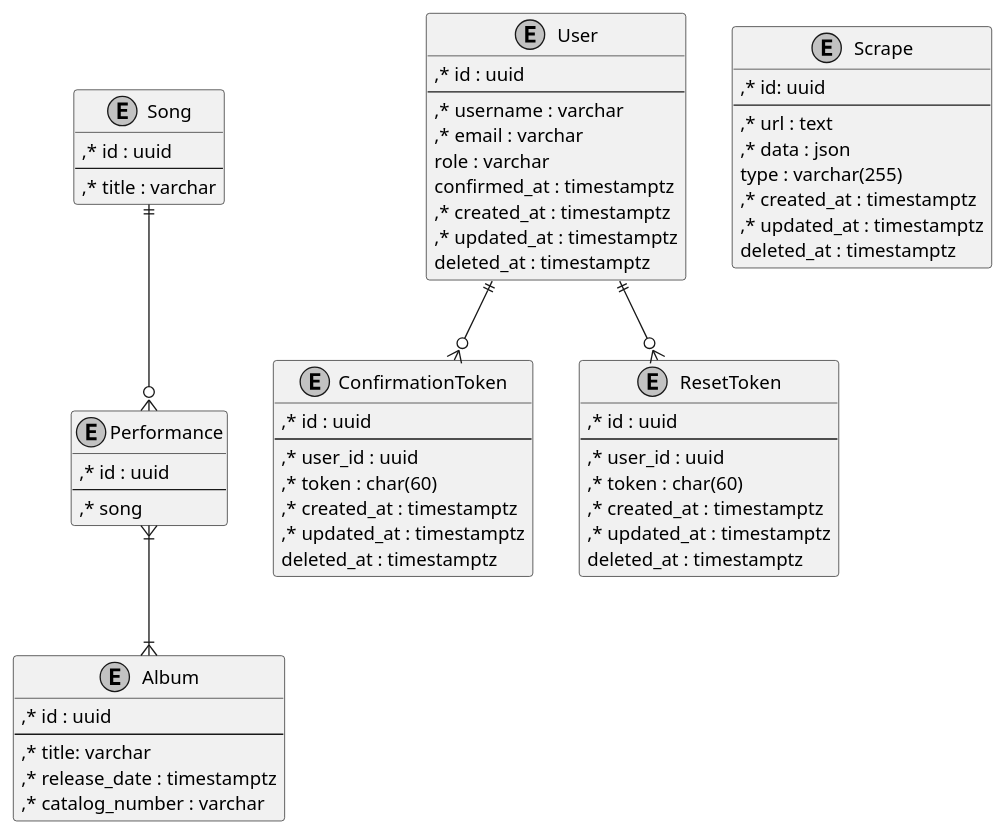
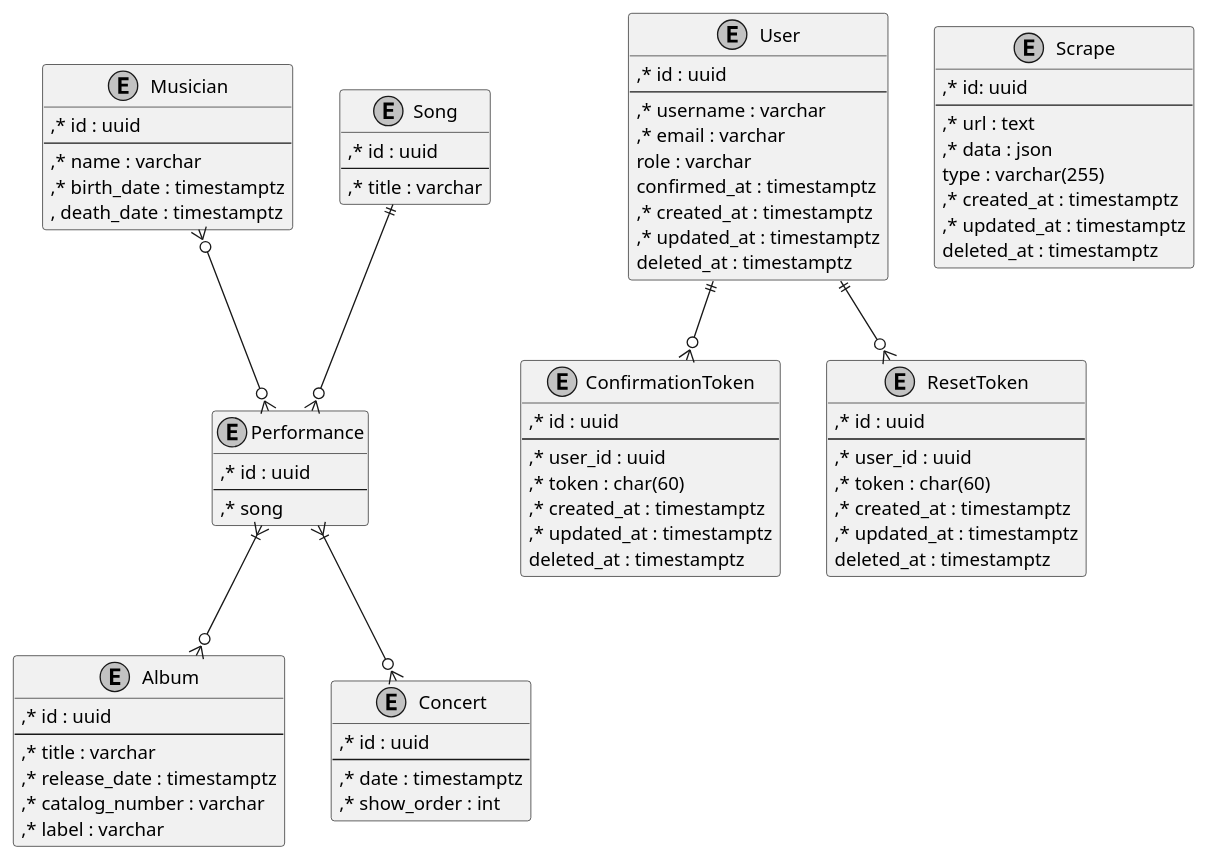
The diagram in README.org (zappa-base/zappa-base), drawn with PlantUML before and after one commit. The commit also changed other lines of this file, not shown here.

Commit message:
update database model schema

```diff
--- a/README.org
+++ b/README.org
@@ -15,15 +15,31 @@
 entity Album {
   ,* id : uuid
   --
-  ,* title: varchar
+  ,* title : varchar
   ,* release_date : timestamptz
   ,* catalog_number : varchar
+  ,* label : varchar
+}
+
+entity Concert {
+  ,* id : uuid
+  --
+  ,* date : timestamptz
+  ,* show_order : int
 }
 
 entity Performance {
   ,* id : uuid
   --
   ,* song
+}
+
+entity Musician {
+  ,* id : uuid
+  --
+  ,* name : varchar
+  ,* birth_date : timestamptz
+  , death_date : timestamptz
 }
 
 entity Song {
@@ -76,7 +92,9 @@
 }
 
 Song ||--o{ Performance
-Performance }|--|{ Album
+Performance }|--o{ Album
+Musician }o--o{ Performance 
+Performance }|--o{ Concert
 
 User ||--o{ ConfirmationToken
 User ||--o{ ResetToken
```
